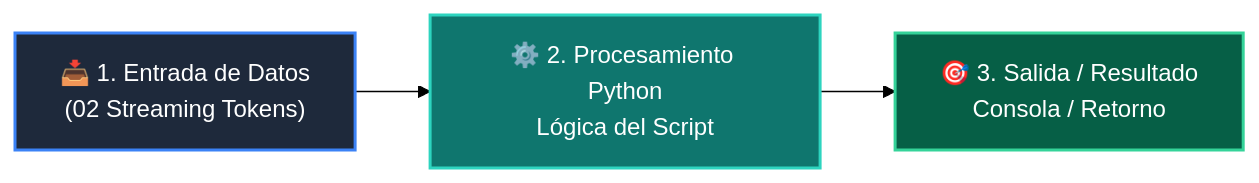
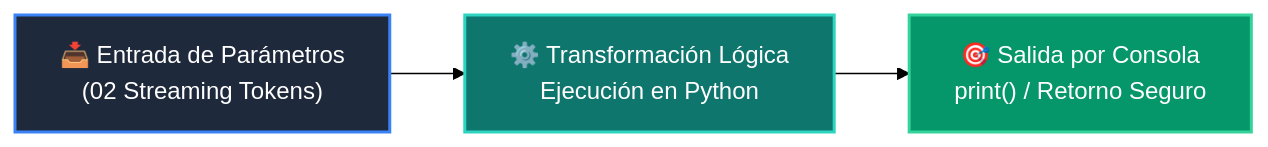
One commit to wisrovi/wisrovi-python changed the diagram in 04-proyecto-final/clase-05-integracion-agente-ia/ejemplos/ejemplo_02_streaming_tokens/README.md. Above: the diagram before and after it, drawn with Mermaid (forest theme). The commit also changed other lines of this file and 226 other files, not shown here.

Commit message:
docs: elevate all repository READMEs to world-class mastery standard with rich pedagogical architecture, custom Mermaids, and professional styling

````diff
--- a/04-proyecto-final/clase-05-integracion-agente-ia/ejemplos/ejemplo_02_streaming_tokens/README.md
+++ b/04-proyecto-final/clase-05-integracion-agente-ia/ejemplos/ejemplo_02_streaming_tokens/README.md
@@ -12,9 +19,9 @@
 ```mermaid
 flowchart LR
-    A["📥 1. Entrada de Datos<br/>(02 Streaming Tokens)"] --> B["⚙️ 2. Procesamiento Python<br/>Lógica del Script"]
-    B --> C["🎯 3. Salida / Resultado<br/>Consola / Retorno"]
+    A["📥 Entrada de Parámetros<br/>(02 Streaming Tokens)"] --> B["⚙️ Transformación Lógica<br/>Ejecución en Python"]
+    B --> C["🎯 Salida por Consola<br/>print() / Retorno Seguro"]
 
-    style A fill:#1e293b,color:#fff,stroke:#3b82f6,stroke-width:2px
-    style B fill:#0f766e,color:#fff,stroke:#2dd4bf,stroke-width:2px
-    style C fill:#065f46,color:#fff,stroke:#34d399,stroke-width:2px
+    style A fill:#1e293b,color:#ffffff,stroke:#3b82f6,stroke-width:2px
+    style B fill:#0f766e,color:#ffffff,stroke:#2dd4bf,stroke-width:2px
+    style C fill:#059669,color:#ffffff,stroke:#34d399,stroke-width:2px
 ```
````
